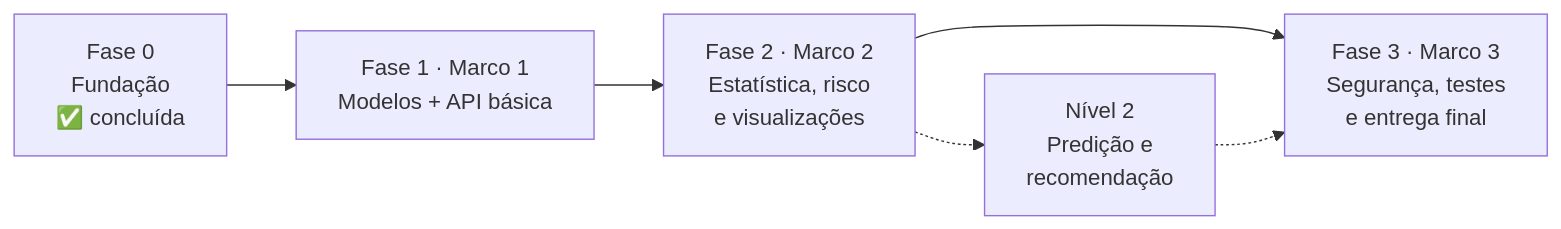
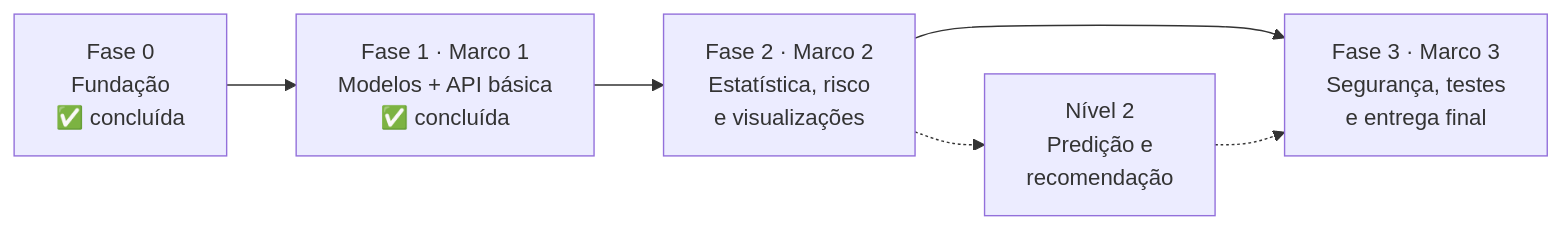
The diagram in ROADMAP.md (Victorfiallho/simpa), drawn with Mermaid before and after one commit. The commit also changed other lines of this file and 70 other files, not shown here.

First line of the commit message:
feat: conclui a Fase 1 (Marco 1)

````diff
--- a/ROADMAP.md
+++ b/ROADMAP.md
@@ -13,8 +13,8 @@
 ```mermaid
 flowchart LR
-    F0["Fase 0<br/>Fundação<br/>✅ concluída"] --> F1["Fase 1 · Marco 1<br/>Modelos + API básica"]
+    F0["Fase 0<br/>Fundação<br/>✅ concluída"] --> F1["Fase 1 · Marco 1<br/>Modelos + API básica<br/>✅ concluída"]
     F1 --> F2["Fase 2 · Marco 2<br/>Estatística, risco<br/>e visualizações"]
     F2 --> F3["Fase 3 · Marco 3<br/>Segurança, testes<br/>e entrega final"]
     F2 -.-> N2["Nível 2<br/>Predição e<br/>recomendação"]
     N2 -.-> F3
 ```
````
